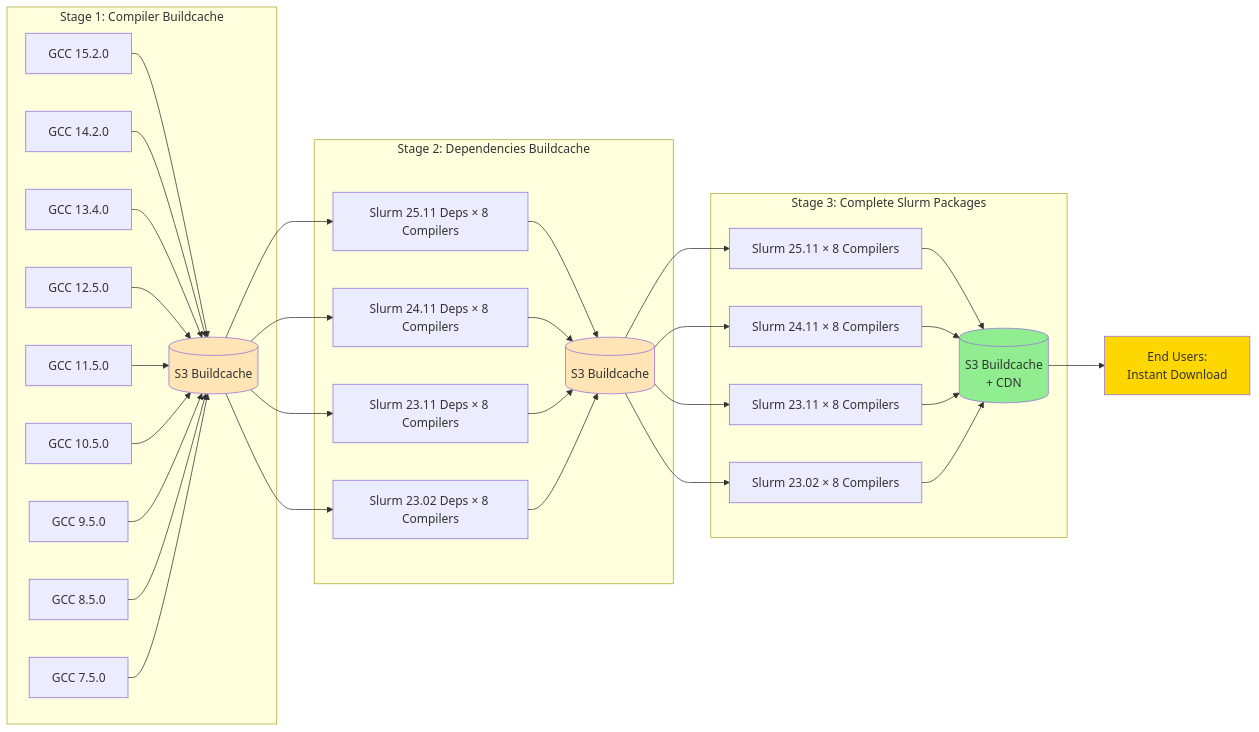
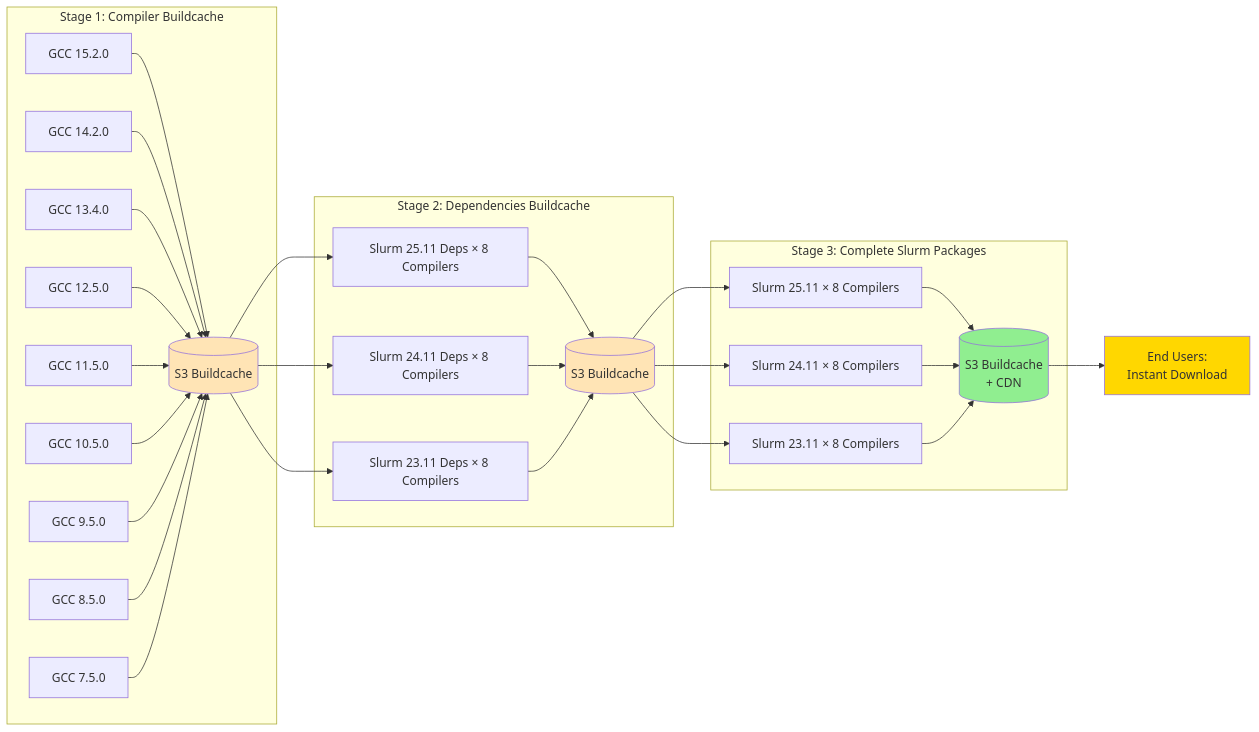
The second of 3 diagrams in docusaurus/docs/optimization.md (vantagecompute/slurm-factory), drawn with Mermaid before and after one commit. The commit also changed other lines of this file and 14 other files, not shown here.

````diff
--- a/docusaurus/docs/optimization.md
+++ b/docusaurus/docs/optimization.md
@@ -41,43 +41,39 @@
 ```mermaid
 graph LR
     subgraph "Stage 1: Compiler Buildcache"
         A1[GCC 15.2.0] --> BC1[(S3 Buildcache)]
         A2[GCC 14.2.0] --> BC1
         A3[GCC 13.4.0] --> BC1
         A4[GCC 12.5.0] --> BC1
         A5[GCC 11.5.0] --> BC1
         A6[GCC 10.5.0] --> BC1
         A7[GCC 9.5.0] --> BC1
         A8[GCC 8.5.0] --> BC1
         A9[GCC 7.5.0] --> BC1
     end
     
     subgraph "Stage 2: Dependencies Buildcache"
         BC1 --> B1[Slurm 25.11 Deps × 8 Compilers]
         BC1 --> B2[Slurm 24.11 Deps × 8 Compilers]
         BC1 --> B3[Slurm 23.11 Deps × 8 Compilers]
-        BC1 --> B4[Slurm 23.02 Deps × 8 Compilers]
         B1 --> BC2[(S3 Buildcache)]
         B2 --> BC2
         B3 --> BC2
-        B4 --> BC2
     end
     
     subgraph "Stage 3: Complete Slurm Packages"
         BC2 --> C1[Slurm 25.11 × 8 Compilers]
         BC2 --> C2[Slurm 24.11 × 8 Compilers]
         BC2 --> C3[Slurm 23.11 × 8 Compilers]
-        BC2 --> C4[Slurm 23.02 × 8 Compilers]
         C1 --> BC3[(S3 Buildcache<br/>+ CDN)]
         C2 --> BC3
         C3 --> BC3
-        C4 --> BC3
     end
     
     BC3 --> D[End Users:<br/>Instant Download]
     
     style BC1 fill:#FFE4B5
     style BC2 fill:#FFE4B5
     style BC3 fill:#90EE90
     style D fill:#FFD700
 ```
````
